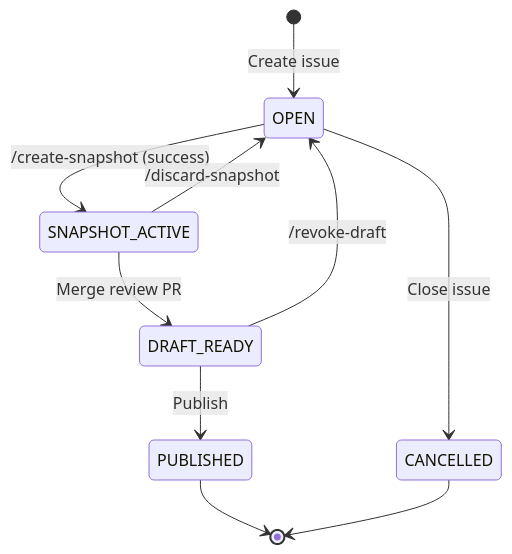
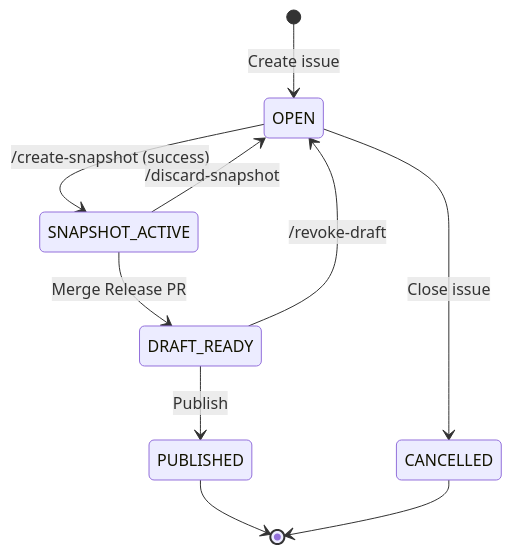
The diagram in documentation/SupportingDocuments/CAMARA-Release-Creation-Detailed-Design.md (camaraproject/ReleaseManagement), drawn with Mermaid before and after one commit. The commit also changed other lines of this file and 1 other file, not shown here.

First line of the commit message:
docs: address PR review comments

````diff
--- a/documentation/SupportingDocuments/CAMARA-Release-Creation-Detailed-Design.md
+++ b/documentation/SupportingDocuments/CAMARA-Release-Creation-Detailed-Design.md
@@ -305,12 +305,12 @@
 ```mermaid
 stateDiagram-v2
     [*] --> OPEN : Create issue
     OPEN --> SNAPSHOT_ACTIVE : /create-snapshot (success)
     OPEN --> CANCELLED : Close issue
     SNAPSHOT_ACTIVE --> OPEN : /discard-snapshot
-    SNAPSHOT_ACTIVE --> DRAFT_READY : Merge review PR
+    SNAPSHOT_ACTIVE --> DRAFT_READY : Merge Release PR
     DRAFT_READY --> OPEN : /revoke-draft
     DRAFT_READY --> PUBLISHED : Publish
     PUBLISHED --> [*]
     CANCELLED --> [*]
 ```
````
